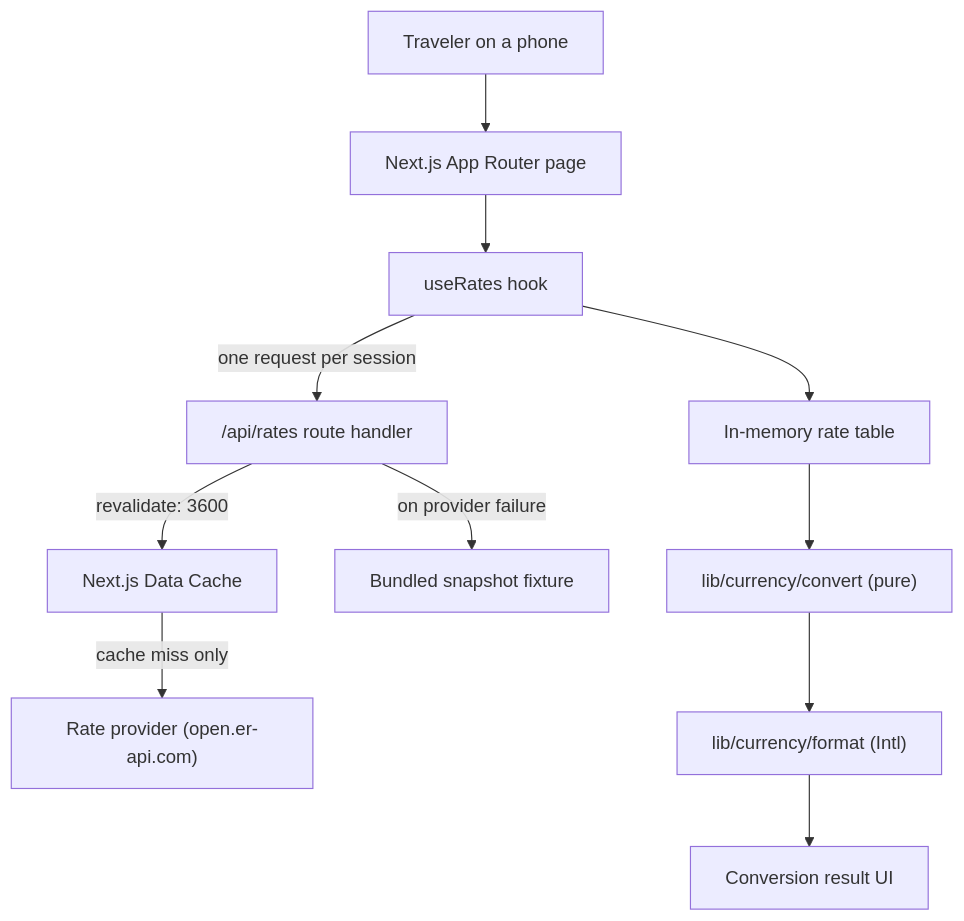
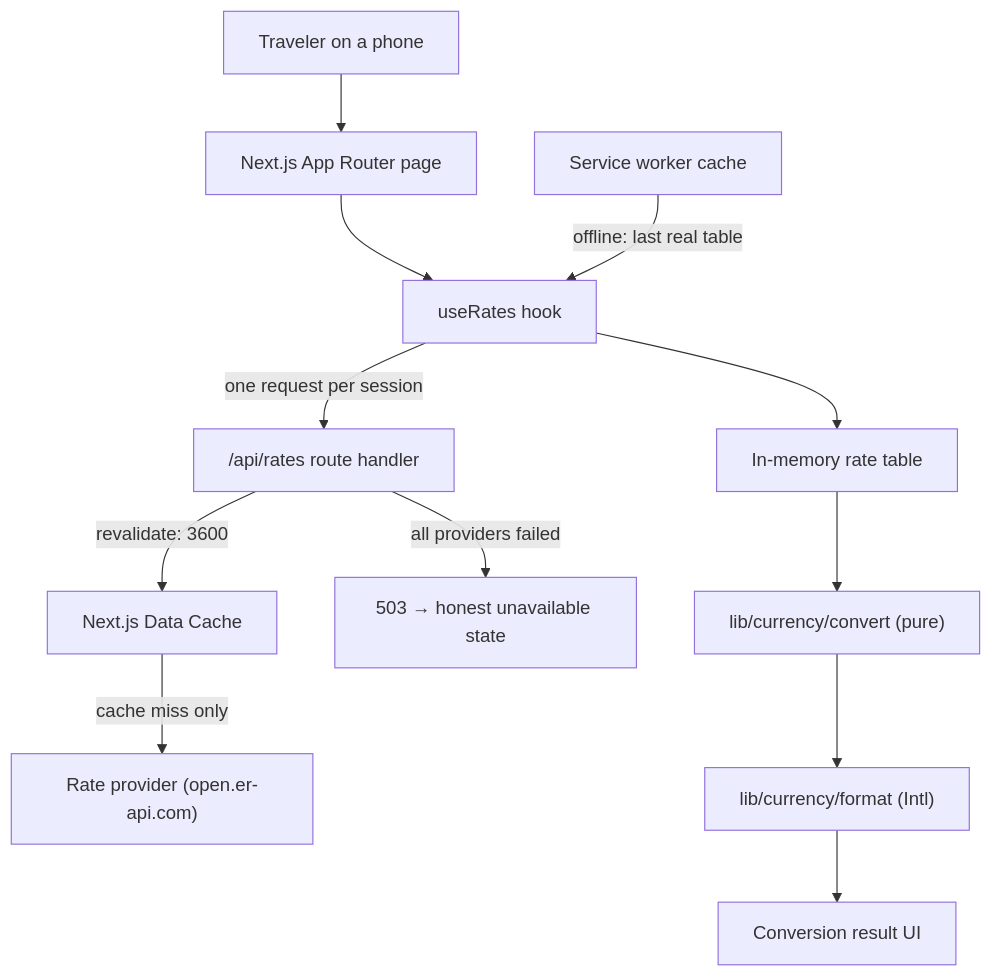
Before and after one commit to paoloherrera97-eng/pricelens: the first of 2 diagrams in docs/ARCHITECTURE.md, drawn with Mermaid. The commit also changed other lines of this file and 27 other files, not shown here.

````diff
--- a/docs/ARCHITECTURE.md
+++ b/docs/ARCHITECTURE.md
@@ -31,13 +31,14 @@
 ```mermaid
 flowchart TD
     U["Traveler on a phone"] --> APP["Next.js App Router page"]
     APP --> HOOK["useRates hook"]
     HOOK -->|"one request per session"| API["/api/rates route handler"]
     API -->|"revalidate: 3600"| CACHE["Next.js Data Cache"]
     CACHE -->|"cache miss only"| PROV["Rate provider (open.er-api.com)"]
-    API -->|"on provider failure"| FIX["Bundled snapshot fixture"]
+    API -->|"all providers failed"| ERR["503 → honest unavailable state"]
+    SW["Service worker cache"] -->|"offline: last real table"| HOOK
     HOOK --> TABLE["In-memory rate table"]
     TABLE --> CONV["lib/currency/convert (pure)"]
     CONV --> FMT["lib/currency/format (Intl)"]
     FMT --> RESULT["Conversion result UI"]
 ```
````
